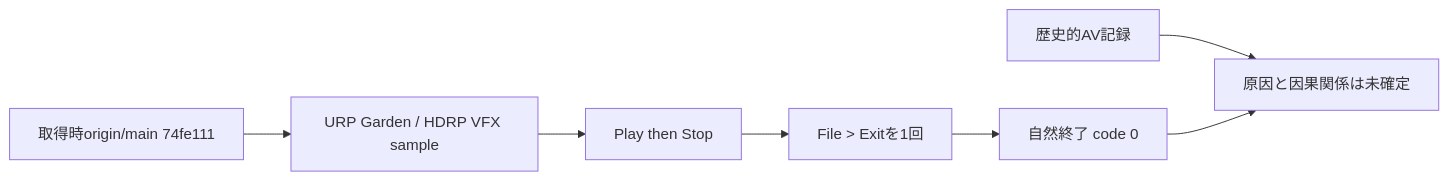
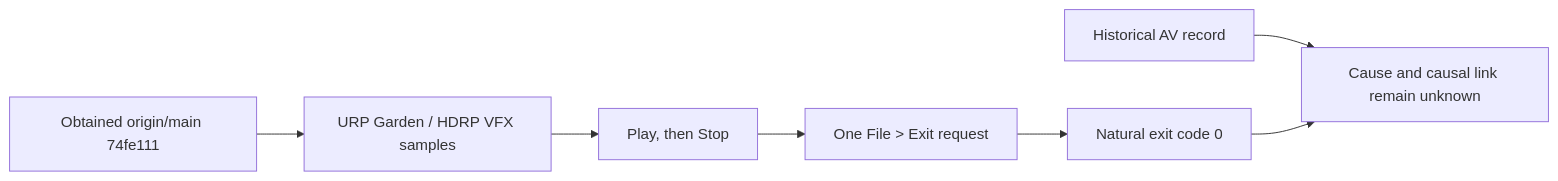
One commit to zabaglione/ViewWeave changed the diagram in docs/remaining-work-plan.md. Above: the diagram before and after it, drawn with Mermaid. The commit also changed other lines of this file and 68 other files, not shown here.

````diff
--- a/docs/remaining-work-plan.md
+++ b/docs/remaining-work-plan.md
@@ -11,9 +13,9 @@
 ```mermaid
 flowchart LR
-    Main["取得時origin/main 74fe111"] --> Matrix["URP Garden / HDRP VFX sample"]
-    Matrix --> Stop["Play then Stop"]
-    Stop --> Exit["File > Exitを1回"]
-    Exit --> Result["自然終了 code 0"]
-    History["歴史的AV記録"] --> Open["原因と因果関係は未確定"]
+    Main["Obtained origin/main 74fe111"] --> Matrix["URP Garden / HDRP VFX samples"]
+    Matrix --> Stop["Play, then Stop"]
+    Stop --> Exit["One File > Exit request"]
+    Exit --> Result["Natural exit code 0"]
+    History["Historical AV record"] --> Open["Cause and causal link remain unknown"]
     Result --> Open
 ```
````
